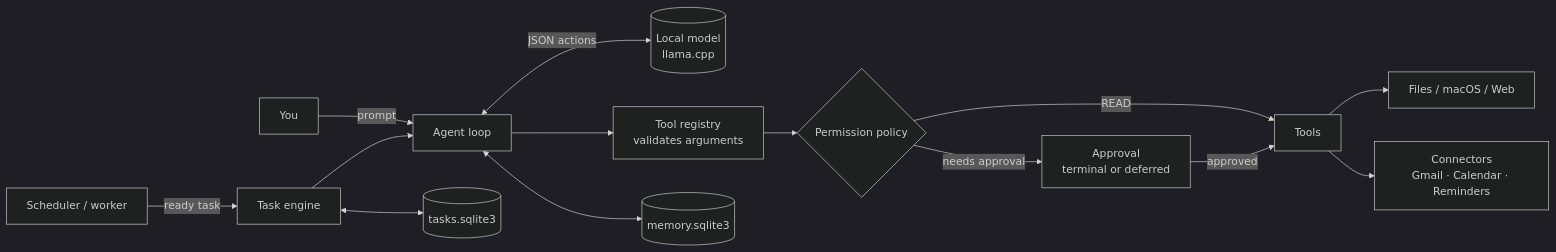
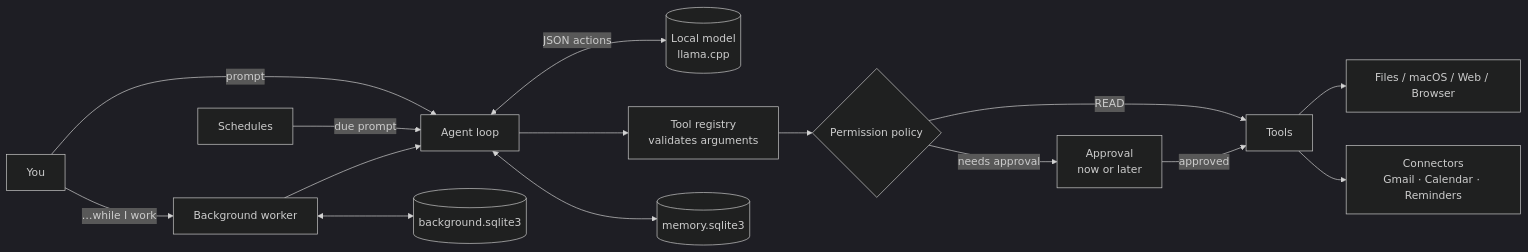
One commit to j58liu/Jamie changed the diagram in README.md. Above: the diagram before and after it, drawn with Mermaid (dark theme). The commit also changed other lines of this file, not shown here.

Commit message:
docs: update README for background work, browser, and memory classifier

````diff
--- a/README.md
+++ b/README.md
@@ -129,16 +129,17 @@
 ```mermaid
 flowchart LR
     U[You] -->|prompt| A[Agent loop]
-    S[Scheduler / worker] -->|ready task| E[Task engine]
-    E --> A
+    U -->|"…while I work"| W[Background worker]
+    S[Schedules] -->|due prompt| A
+    W --> A
     A <-->|JSON actions| M[(Local model<br/>llama.cpp)]
     A --> R[Tool registry<br/>validates arguments]
     R --> P{Permission policy}
     P -->|READ| T[Tools]
-    P -->|needs approval| AP[Approval<br/>terminal or deferred]
+    P -->|needs approval| AP[Approval<br/>now or later]
     AP -->|approved| T
-    T --> F[Files / macOS / Web]
+    T --> F[Files / macOS / Web / Browser]
     T --> C[Connectors<br/>Gmail · Calendar · Reminders]
-    E <--> DB[(tasks.sqlite3)]
+    W <--> DB[(background.sqlite3)]
     A <--> MEM[(memory.sqlite3)]
 ```
````
